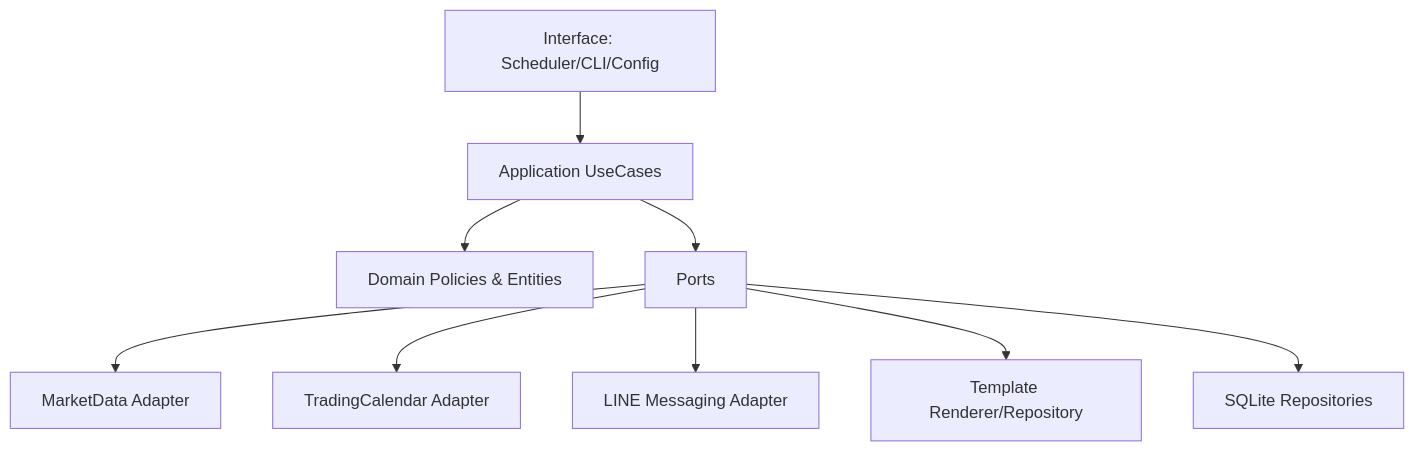
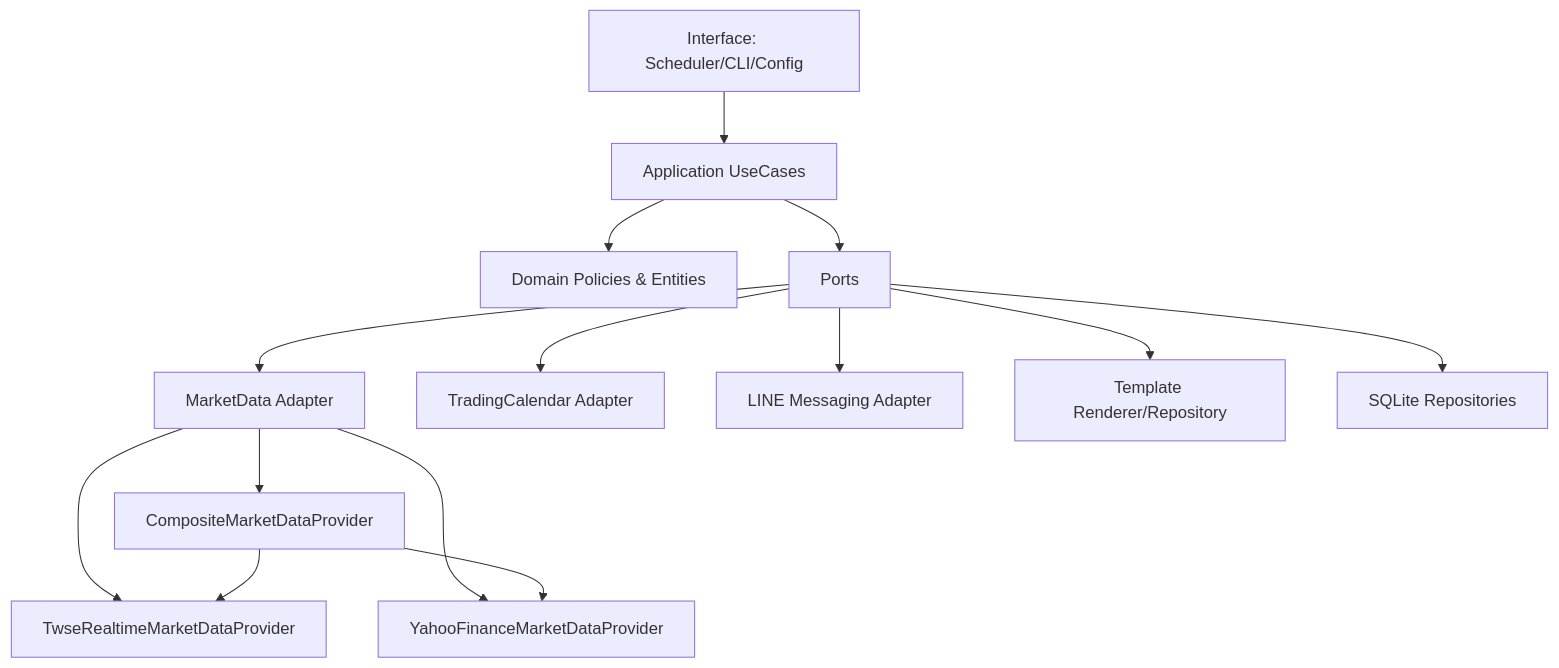
The first of 4 diagrams in EDD_Stock_Monitoring_System.md (ibalasite/stock_monitor), drawn with Mermaid before and after one commit. The commit also changed other lines of this file and 15 other files, not shown here.

````diff
--- a/EDD_Stock_Monitoring_System.md
+++ b/EDD_Stock_Monitoring_System.md
@@ -142,11 +153,16 @@
 ```mermaid
 flowchart TD
     I[Interface: Scheduler/CLI/Config] --> A[Application UseCases]
     A --> D[Domain Policies & Entities]
     A --> P[Ports]
     P --> M[MarketData Adapter]
     P --> C[TradingCalendar Adapter]
     P --> L[LINE Messaging Adapter]
     P --> T[Template Renderer/Repository]
     P --> R[SQLite Repositories]
+    M --> TWSE[TwseRealtimeMarketDataProvider]
+    M --> YF[YahooFinanceMarketDataProvider]
+    M --> COMP[CompositeMarketDataProvider]
+    COMP --> TWSE
+    COMP --> YF
 ```
````
